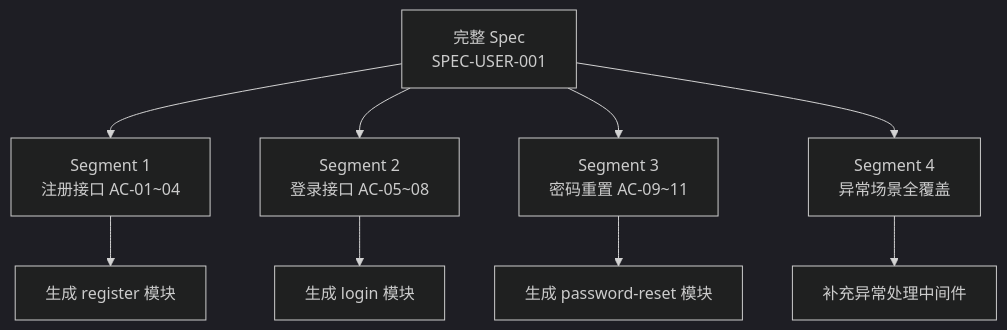
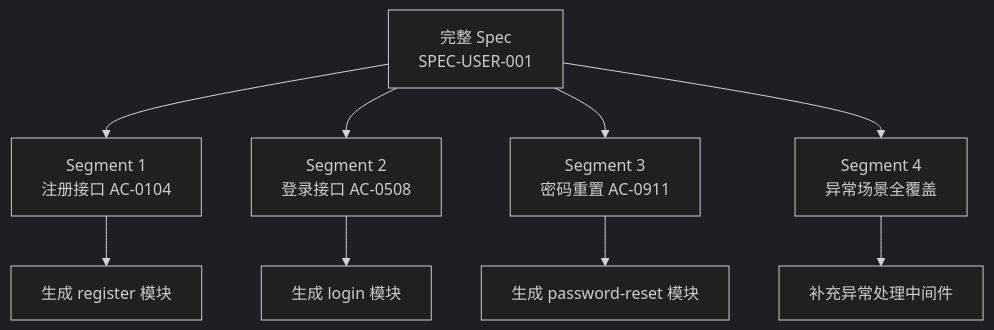
Before and after one commit to keyuanweb/ai-learning-path: the second of 6 diagrams in sdd-learning-path/05-Implement实现/02-上下文窗口管理策略.md, drawn with Mermaid (dark theme). The commit also changed other lines of this file and 2 other files, not shown here.

````diff
--- a/sdd-learning-path/05-Implement实现/02-上下文窗口管理策略.md
+++ b/sdd-learning-path/05-Implement实现/02-上下文窗口管理策略.md
@@ -59,12 +59,12 @@
 ```mermaid
 flowchart TD
-  full["完整 Spec<br/>SPEC-USER-001"] --> seg1["Segment 1<br/>注册接口 AC-01~04"]
-  full --> seg2["Segment 2<br/>登录接口 AC-05~08"]
-  full --> seg3["Segment 3<br/>密码重置 AC-09~11"]
+  full["完整 Spec<br/>SPEC-USER-001"] --> seg1["Segment 1<br/>注册接口 AC-0104"]
+  full --> seg2["Segment 2<br/>登录接口 AC-0508"]
+  full --> seg3["Segment 3<br/>密码重置 AC-0911"]
   full --> seg4["Segment 4<br/>异常场景全覆盖"]
 
   seg1 --> impl1["生成 register 模块"]
   seg2 --> impl2["生成 login 模块"]
   seg3 --> impl3["生成 password-reset 模块"]
   seg4 --> impl4["补充异常处理中间件"]
 ```
````
